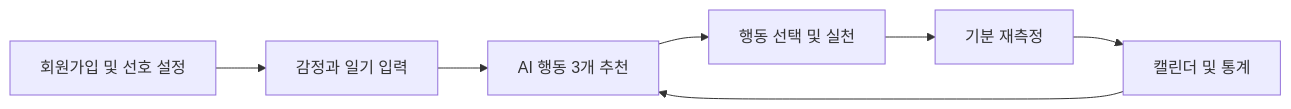
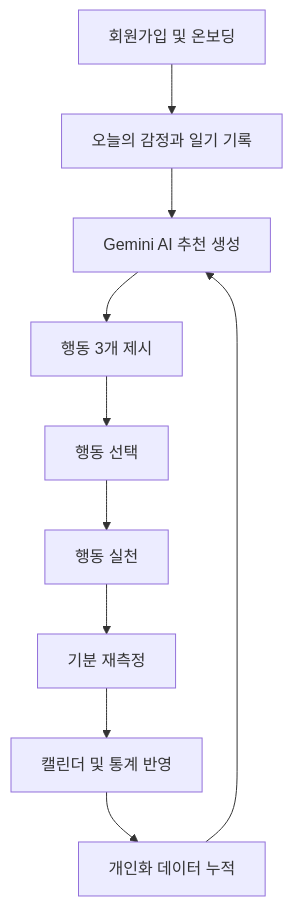
The first of 6 diagrams in README.md (addicto1122-lab/mood-and-move), drawn with Mermaid before and after one commit. The commit also changed other lines of this file, not shown here.

````diff
--- a/README.md
+++ b/README.md
@@ -56,9 +82,12 @@
 ```mermaid
-flowchart LR
-    A[회원가입 및 선호 설정] --> B[감정과 일기 입력]
-    B --> C[AI 행동 3개 추천]
-    C --> D[행동 선택 및 실천]
-    D --> E[기분 재측정]
-    E --> F[캘린더 및 통계]
-    F --> C
+flowchart TD
+    A[회원가입 및 온보딩] --> B[오늘의 감정과 일기 기록]
+    B --> C[Gemini AI 추천 생성]
+    C --> D[행동 3개 제시]
+    D --> E[행동 선택]
+    E --> F[행동 실천]
+    F --> G[기분 재측정]
+    G --> H[캘린더 및 통계 반영]
+    H --> I[개인화 데이터 누적]
+    I --> C
 ```
````
